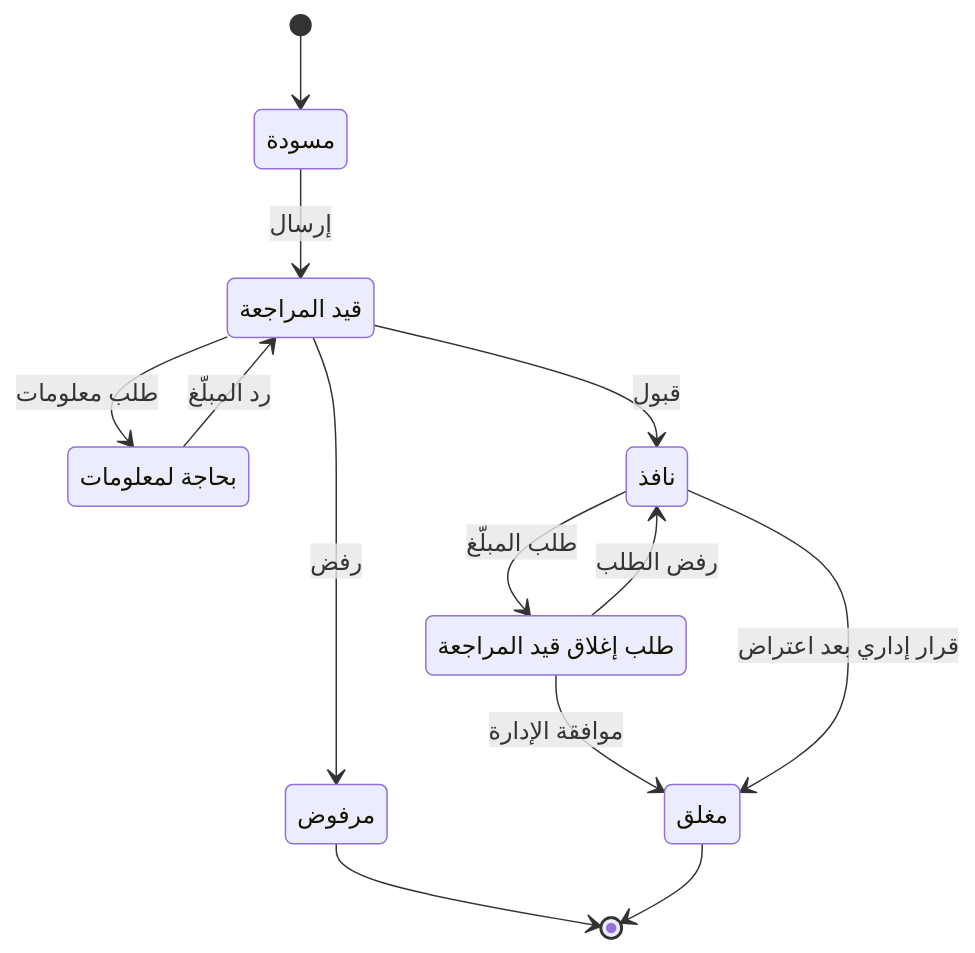
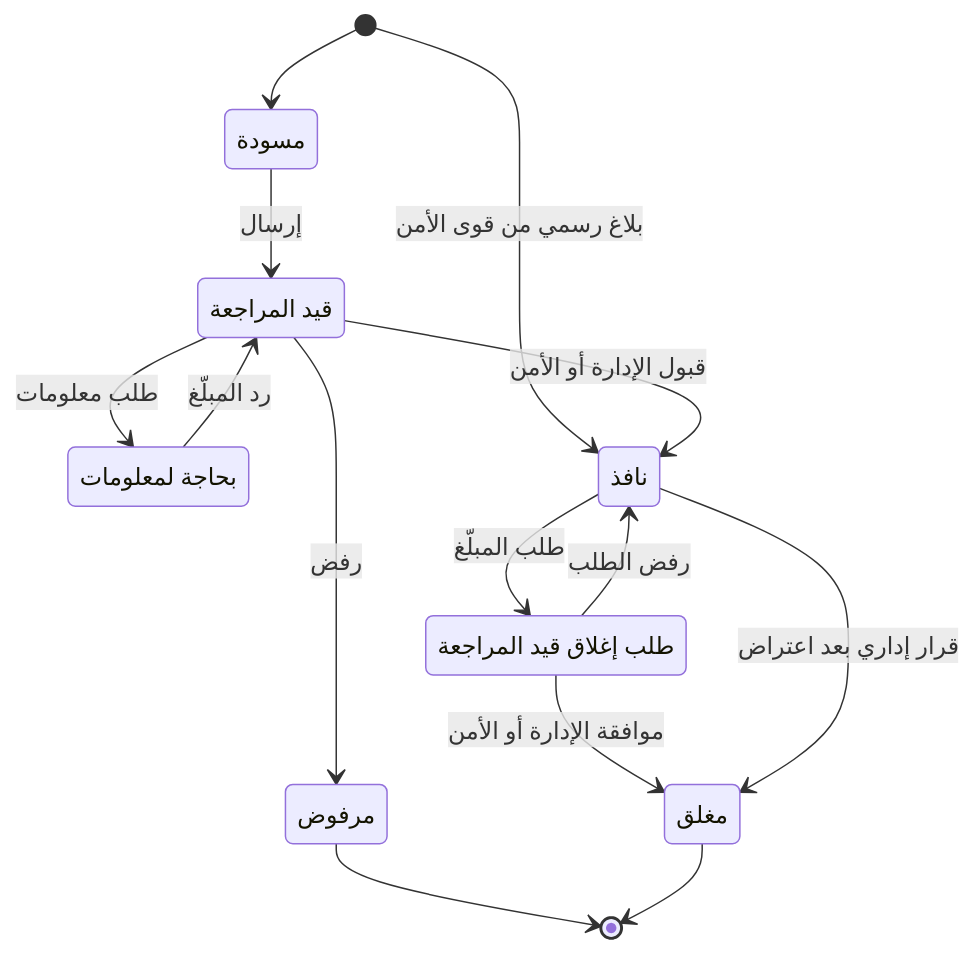
Before and after one commit to servacode/imei: the diagram in docs/06-business-rules.md, drawn with Mermaid. The commit also changed other lines of this file and 15 other files, not shown here.

````diff
--- a/docs/06-business-rules.md
+++ b/docs/06-business-rules.md
@@ -42,22 +43,23 @@
 ```mermaid
 stateDiagram-v2
     state "مسودة" as Draft
     state "قيد المراجعة" as Pending
     state "بحاجة لمعلومات" as NeedsInfo
     state "مرفوض" as Rejected
     state "نافذ" as Active
     state "طلب إغلاق قيد المراجعة" as ClosureRequested
     state "مغلق" as Closed
     [*] --> Draft
+    [*] --> Active: بلاغ رسمي من قوى الأمن
     Draft --> Pending: إرسال
     Pending --> NeedsInfo: طلب معلومات
     NeedsInfo --> Pending: رد المبلّغ
     Pending --> Rejected: رفض
-    Pending --> Active: قبول
+    Pending --> Active: قبول الإدارة أو الأمن
     Active --> ClosureRequested: طلب المبلّغ
     ClosureRequested --> Active: رفض الطلب
-    ClosureRequested --> Closed: موافقة الإدارة
+    ClosureRequested --> Closed: موافقة الإدارة أو الأمن
     Active --> Closed: قرار إداري بعد اعتراض
     Rejected --> [*]
     Closed --> [*]
 ```
````
